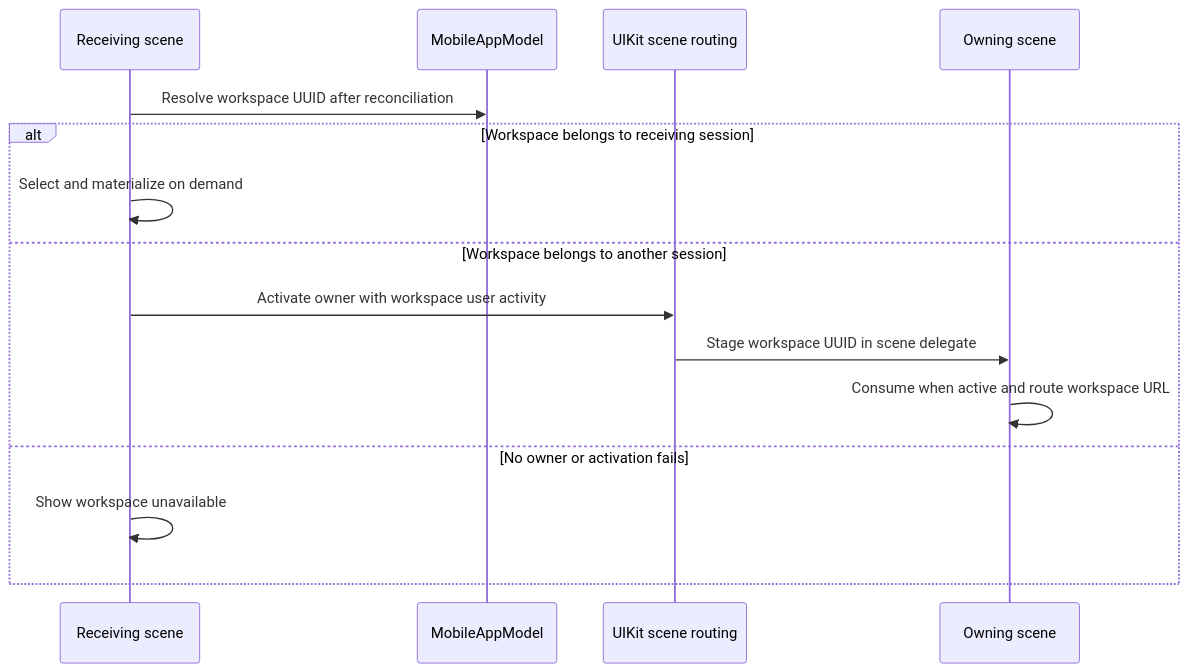
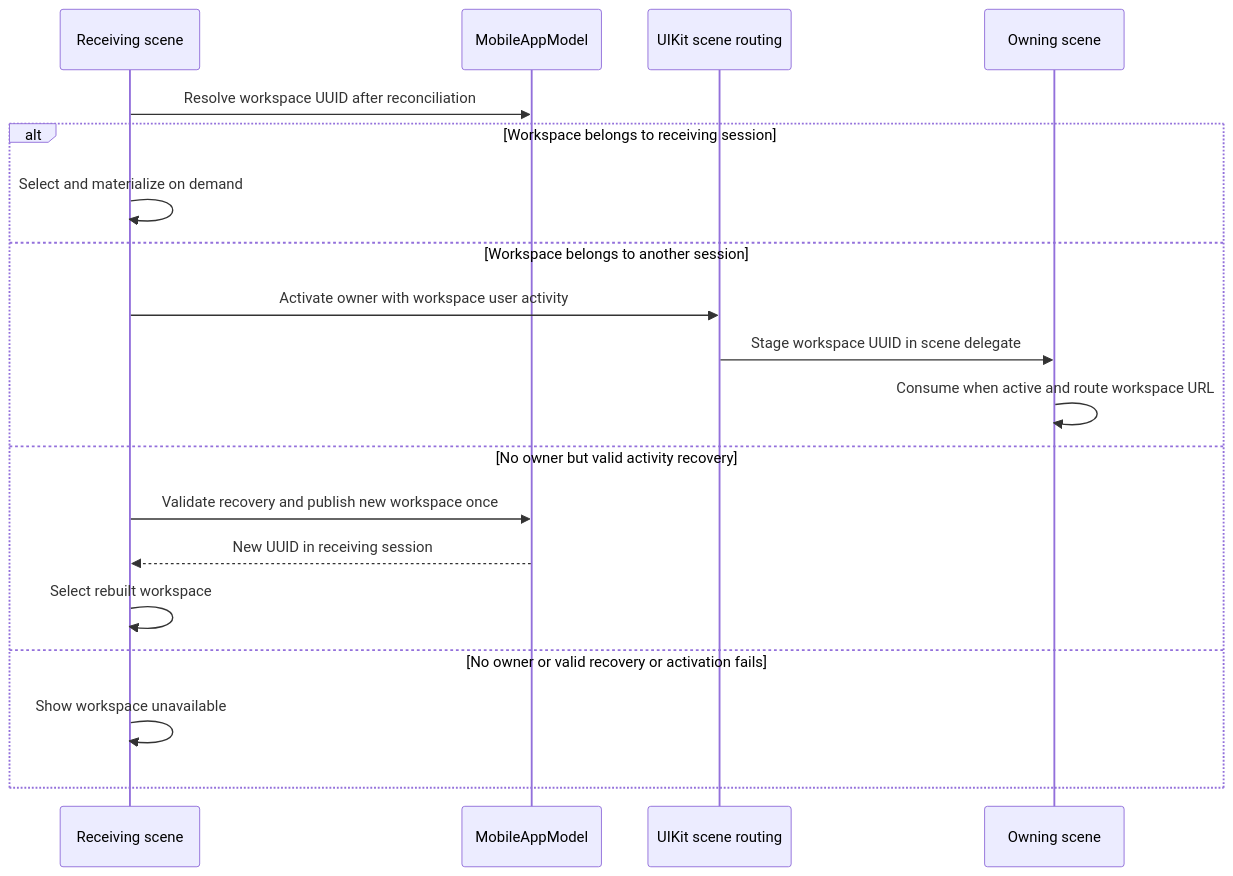
Before and after one commit to AkinoKaede/Termind: the sixth of 7 diagrams in openwiki/architecture/platform-runtime.md, drawn with Mermaid. The commit also changed other lines of this file and 65 other files, not shown here.

````diff
--- a/openwiki/architecture/platform-runtime.md
+++ b/openwiki/architecture/platform-runtime.md
@@ -395,17 +393,21 @@
 ```mermaid
 sequenceDiagram
     participant Receiver as Receiving scene
     participant App as MobileAppModel
     participant Native as UIKit scene routing
     participant Owner as Owning scene
     Receiver->>App: Resolve workspace UUID after reconciliation
     alt Workspace belongs to receiving session
         Receiver->>Receiver: Select and materialize on demand
     else Workspace belongs to another session
         Receiver->>Native: Activate owner with workspace user activity
         Native->>Owner: Stage workspace UUID in scene delegate
         Owner->>Owner: Consume when active and route workspace URL
-    else No owner or activation fails
+    else No owner but valid activity recovery
+        Receiver->>App: Validate recovery and publish new workspace once
+        App-->>Receiver: New UUID in receiving session
+        Receiver->>Receiver: Select rebuilt workspace
+    else No owner or valid recovery or activation fails
         Receiver->>Receiver: Show workspace unavailable
     end
 ```
````
